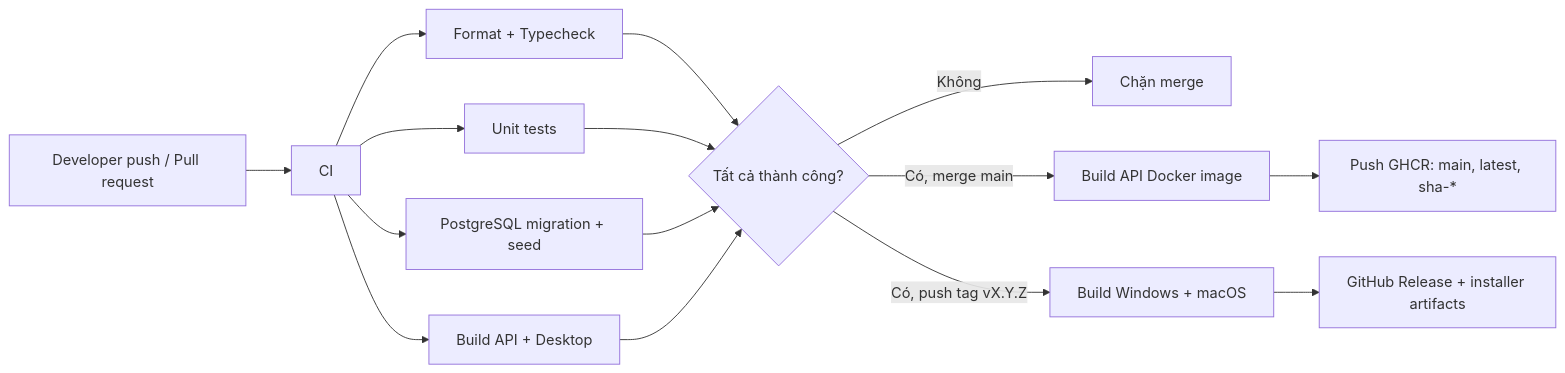
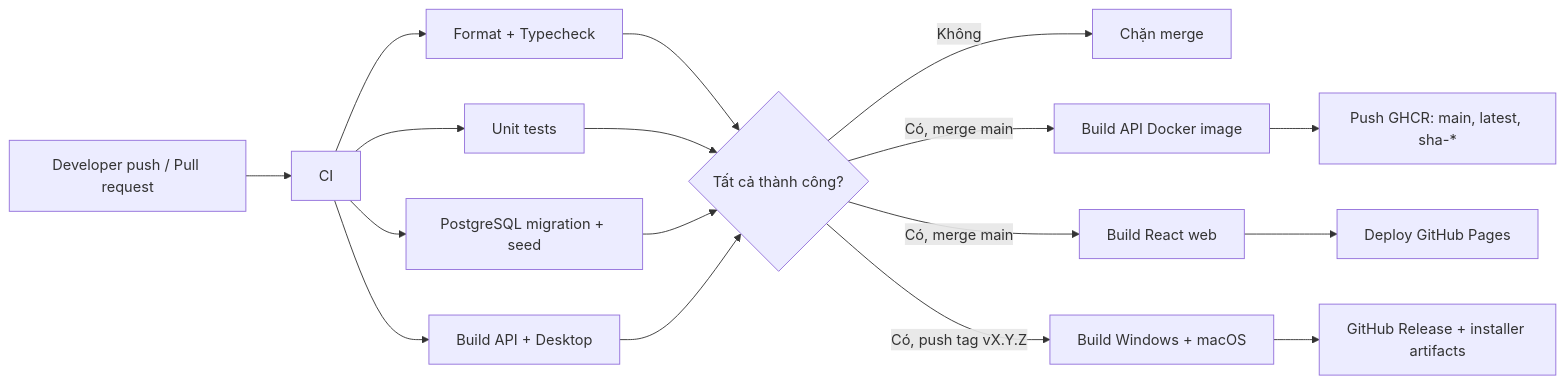
The diagram in docs/CICD.md (tuyen12081707/inventory-desktop-suite-source), drawn with Mermaid before and after one commit. The commit also changed other lines of this file and 28 other files, not shown here.

````diff
--- a/docs/CICD.md
+++ b/docs/CICD.md
@@ -5,17 +5,19 @@
 ```mermaid
 flowchart LR
   A["Developer push / Pull request"] --> B["CI"]
   B --> B1["Format + Typecheck"]
   B --> B2["Unit tests"]
   B --> B3["PostgreSQL migration + seed"]
   B --> B4["Build API + Desktop"]
   B1 --> C{"Tất cả thành công?"}
   B2 --> C
   B3 --> C
   B4 --> C
   C -- "Không" --> D["Chặn merge"]
   C -- "Có, merge main" --> E["Build API Docker image"]
   E --> F["Push GHCR: main, latest, sha-*"]
+  C -- "Có, merge main" --> I["Build React web"]
+  I --> J["Deploy GitHub Pages"]
   C -- "Có, push tag vX.Y.Z" --> G["Build Windows + macOS"]
   G --> H["GitHub Release + installer artifacts"]
 ```
````
